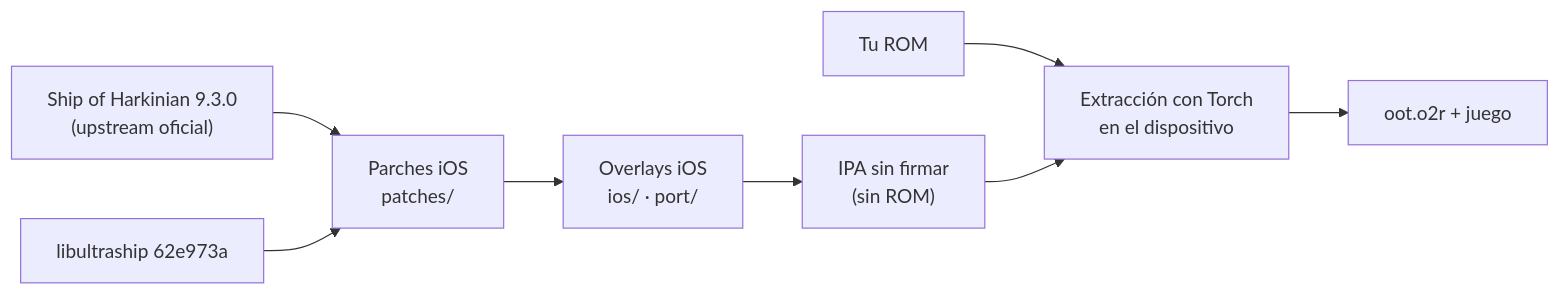
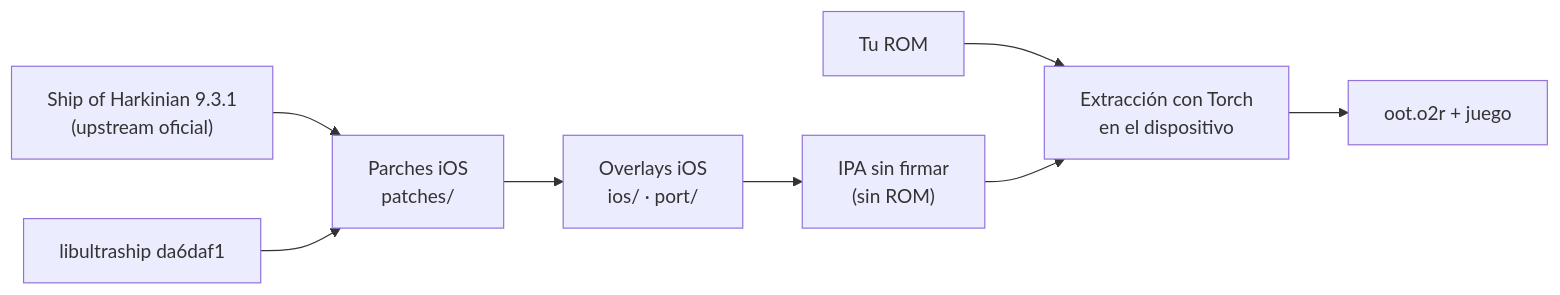
Before and after one commit to Mtbolanos/harkinianpad: the diagram in README.md, drawn with Mermaid. The commit also changed other lines of this file and 7 other files, not shown here.

First line of the commit message:
0.5.4: update to Ship of Harkinian 9.3.1 and libultraship da6daf1

````diff
--- a/README.md
+++ b/README.md
@@ -171,10 +171,10 @@
 ```mermaid
 flowchart LR
-    A["Ship of Harkinian 9.3.0<br>(upstream oficial)"] --> C["Parches iOS<br>patches/"]
-    B["libultraship 62e973a"] --> C
+    A["Ship of Harkinian 9.3.1<br>(upstream oficial)"] --> C["Parches iOS<br>patches/"]
+    B["libultraship da6daf1"] --> C
     C --> D["Overlays iOS<br>ios/ · port/"]
     D --> E["IPA sin firmar<br>(sin ROM)"]
     F["Tu ROM"] --> G["Extracción con Torch<br>en el dispositivo"]
     E --> G
     G --> H["oot.o2r + juego"]
 ```
````
